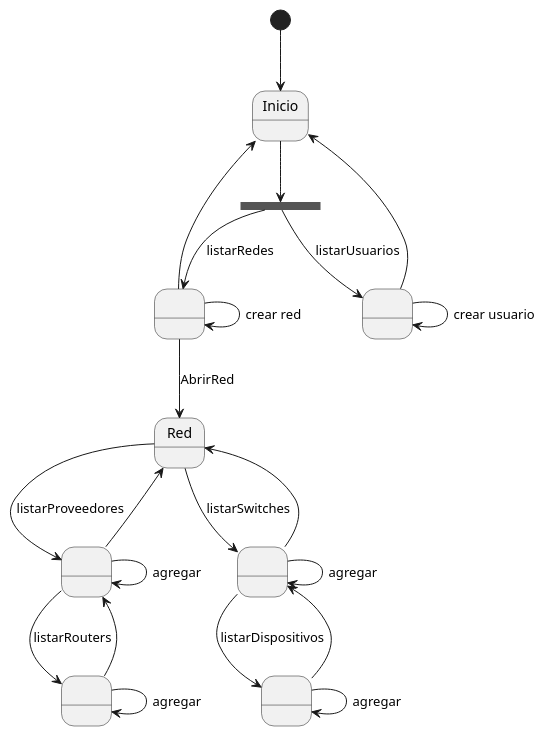
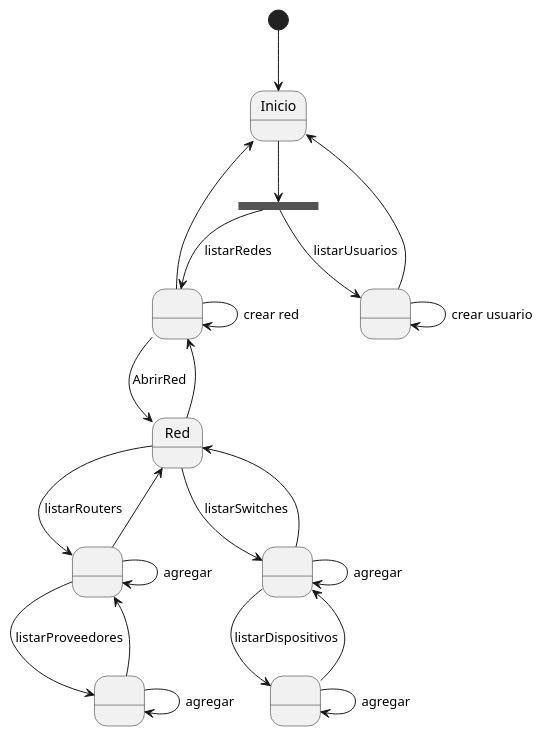
Before and after one commit to mmasias/IdSw1-22-23: the diagram in 000-entregas/diagramaDeEstados/proyecto.plantuml, drawn with PlantUML. The commit also changed 12 other files, not shown here.

Commit message:
[fix] actualizacion de diagramas

```diff
--- a/000-entregas/diagramaDeEstados/proyecto.plantuml
+++ b/000-entregas/diagramaDeEstados/proyecto.plantuml
@@ -1,44 +1,45 @@
 @startuml proyecto
 
 state fork_state <<fork>>
 
 state NONAME_REDES as " "
 state NONAME_USUARIOS as " "
 state NONAME_DISPOSITIVOS as " "
 state NONAME_ROUTERS as " "
-state NONAME_CONTACTOS as " "
+state NONAME_PROVEEDORES as " "
 state NONAME_SWITCHES as " "
 
 [*] --> Inicio
 Inicio --> fork_state
 
 'Usuarios
 fork_state --> NONAME_USUARIOS: listarUsuarios
 NONAME_USUARIOS --> NONAME_USUARIOS: crear usuario
 NONAME_USUARIOS -up-> Inicio
 'Redes
 fork_state --> NONAME_REDES: listarRedes
 NONAME_REDES --> NONAME_REDES: crear red
 NONAME_REDES --> Red: AbrirRed
+NONAME_REDES <-r- Red
 NONAME_REDES -up-> Inicio
 
-'Contactos
-Red --> NONAME_CONTACTOS: listarProveedores
-NONAME_CONTACTOS --> NONAME_CONTACTOS: agregar 
-NONAME_CONTACTOS --> Red
+'Routers
+Red --> NONAME_ROUTERS: listarRouters
+NONAME_ROUTERS --> NONAME_ROUTERS: agregar 
+NONAME_ROUTERS --> Red
 
-'Routers
-NONAME_CONTACTOS --> NONAME_ROUTERS: listarRouters
-NONAME_ROUTERS --> NONAME_ROUTERS: agregar 
-NONAME_ROUTERS --> NONAME_CONTACTOS
+'Proveedores
+NONAME_ROUTERS --> NONAME_PROVEEDORES: listarProveedores
+NONAME_PROVEEDORES --> NONAME_PROVEEDORES: agregar 
+NONAME_PROVEEDORES --> NONAME_ROUTERS
 
 'Switches
 Red --> NONAME_SWITCHES: listarSwitches
 NONAME_SWITCHES --> NONAME_SWITCHES: agregar 
 NONAME_SWITCHES --> Red
 
 'Dispositivos
 NONAME_SWITCHES --> NONAME_DISPOSITIVOS: listarDispositivos
 NONAME_DISPOSITIVOS --> NONAME_DISPOSITIVOS: agregar 
 NONAME_DISPOSITIVOS --> NONAME_SWITCHES
 @enduml
```
